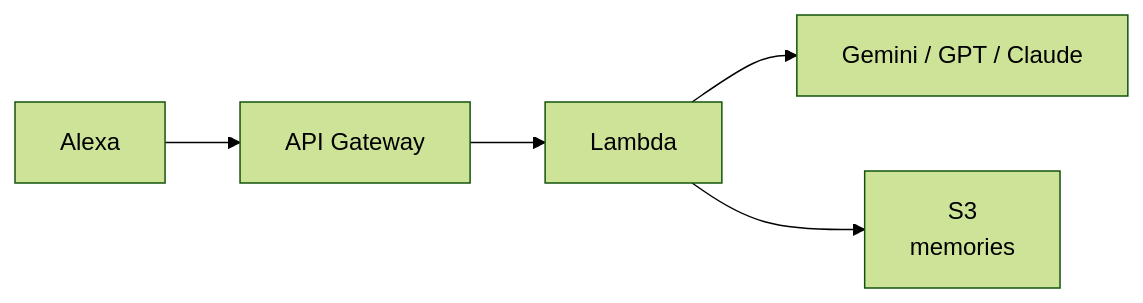
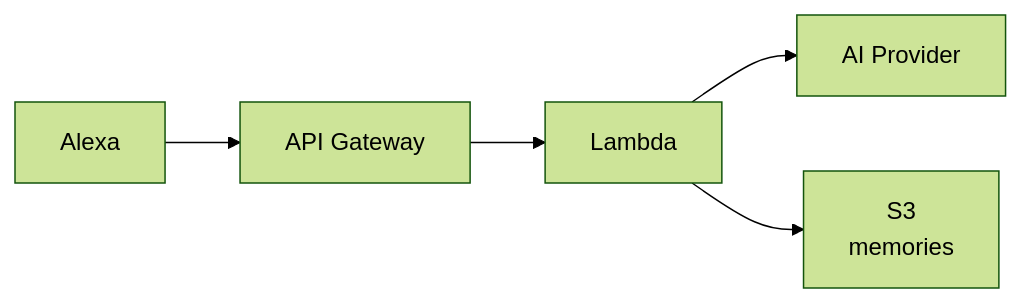
Before and after one commit to kawamataryo/aichan-skill: the diagram in README.md, drawn with Mermaid (forest theme). The commit also changed other lines of this file and 11 other files, not shown here.

````diff
--- a/README.md
+++ b/README.md
@@ -15,7 +15,7 @@
 ```mermaid
 flowchart LR
     A[Alexa] --> B[API Gateway]
     B --> C[Lambda]
-    C --> D[Gemini / GPT / Claude]
+    C --> D[AI Provider]
     C --> E[S3<br/>memories]
 ```
````
